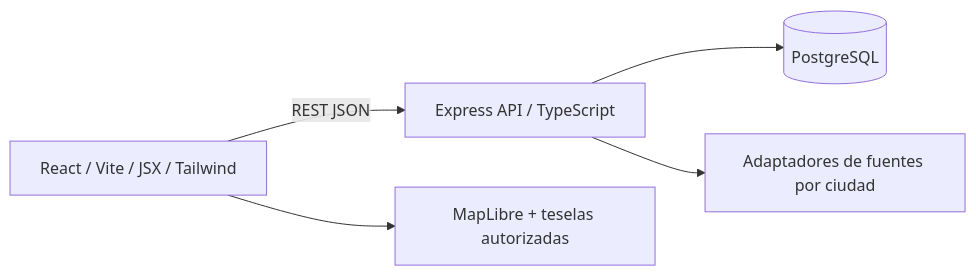
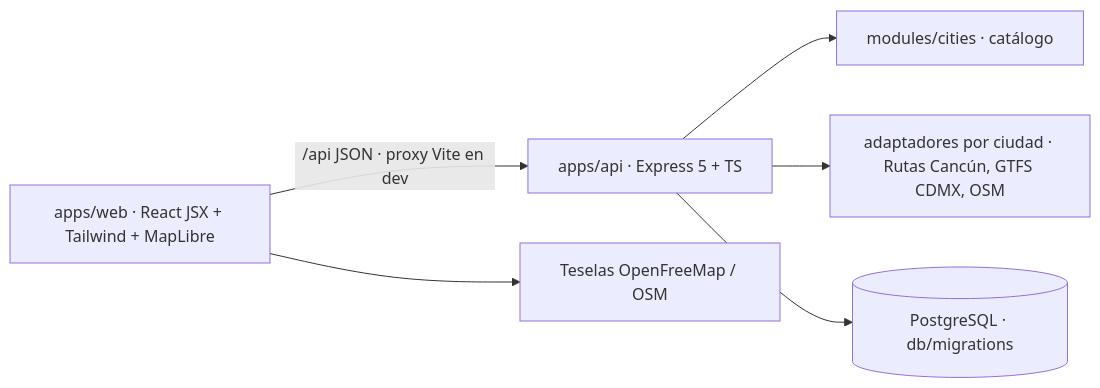
The diagram in docs/01-architecture/overview.md (MoggerSir/KindHop), drawn with Mermaid before and after one commit. The commit also changed other lines of this file and 24 other files, not shown here.

````diff
--- a/docs/01-architecture/overview.md
+++ b/docs/01-architecture/overview.md
@@ -3,7 +3,8 @@
 ```mermaid
 flowchart LR
-    W[React / Vite / JSX / Tailwind] -->|REST JSON| A[Express API / TypeScript]
-    A --> P[(PostgreSQL)]
-    A --> S[Adaptadores de fuentes por ciudad]
-    W --> M[MapLibre + teselas autorizadas]
+  W[apps/web · React JSX + Tailwind + MapLibre] -->|/api JSON · proxy Vite en dev| A[apps/api · Express 5 + TS]
+  A --> C[modules/cities · catálogo]
+  A --> AD[adaptadores por ciudad · Rutas Cancún, GTFS CDMX, OSM]
+  A --> P[(PostgreSQL · db/migrations)]
+  W --> T[Teselas OpenFreeMap / OSM]
 ```
````
